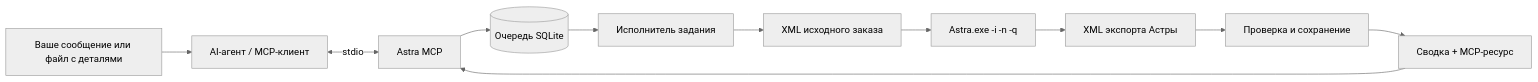
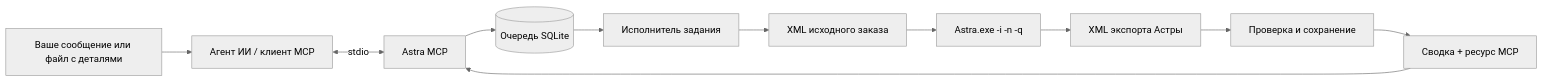
Before and after one commit to gagarinbefree/AstraMcp: the diagram in README.md, drawn with Mermaid (neutral theme). The commit also changed other lines of this file and 92 other files, not shown here.

````diff
--- a/README.md
+++ b/README.md
@@ -54,13 +57,13 @@
 ```mermaid
 flowchart LR
     U[Ваше сообщение или файл с деталями] --> A
-    A[AI-агент / MCP-клиент] <-->|stdio| B[Astra MCP]
+    A[Агент ИИ / клиент MCP] <-->|stdio| B[Astra MCP]
     B --> C[(Очередь SQLite)]
     C --> D[Исполнитель задания]
     D --> E[XML исходного заказа]
     E --> F["Astra.exe -i -n -q"]
     F --> G[XML экспорта Астры]
     G --> H[Проверка и сохранение]
-    H --> I[Сводка + MCP-ресурс]
+    H --> I[Сводка + ресурс MCP]
     I --> B
 ```
````
